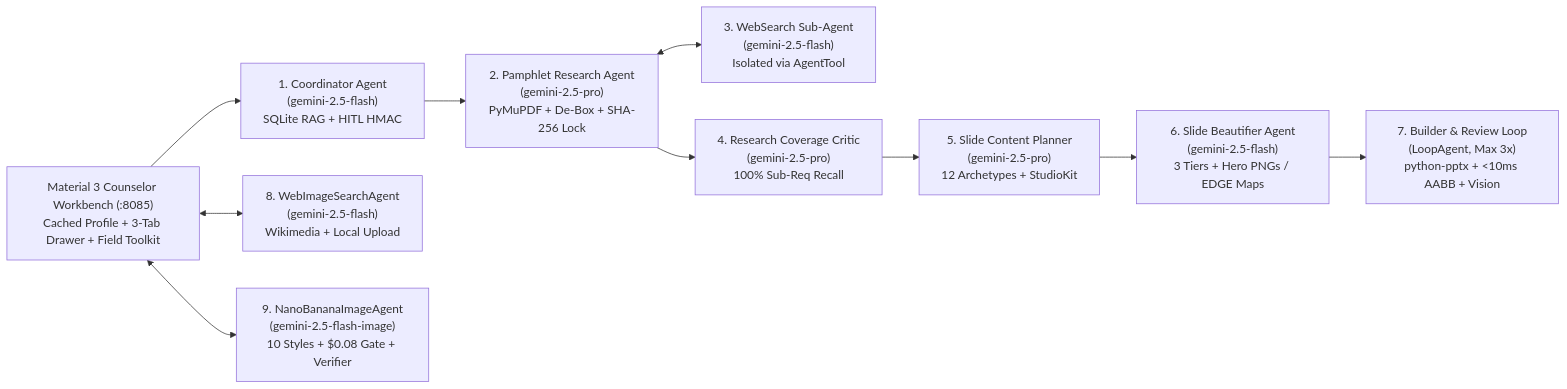
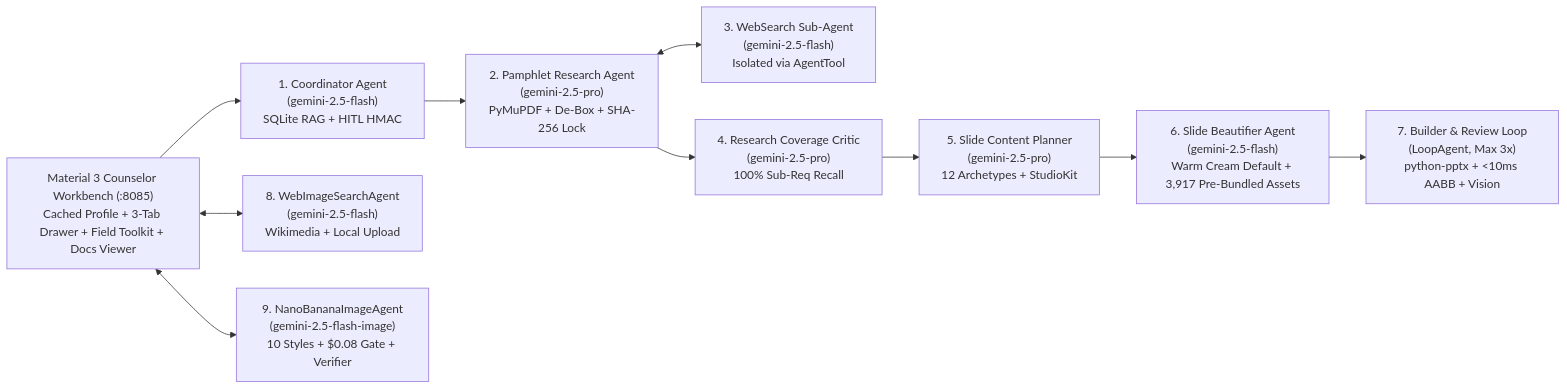
The diagram in docs/TDD.md (clayberg/scouts-bsa-merit-badge-agent), drawn with Mermaid before and after one commit. The commit also changed other lines of this file and 19 other files, not shown here.

Commit message:
Plan 11: Align FinOps & Google Slides modals, 3-card Presenter View + fullscreen centering + dual-monitor popout, Footer GitHub link, Option A Documentation Studio Viewer, and full documentation sync

````diff
--- a/docs/TDD.md
+++ b/docs/TDD.md
@@ -68,12 +72,12 @@
 ```mermaid
 flowchart LR
-    UI["Material 3 Counselor Workbench (:8085)\nCached Profile + 3-Tab Drawer + Field Toolkit"] --> COORD["1. Coordinator Agent\n(gemini-2.5-flash)\nSQLite RAG + HITL HMAC"]
+    UI["Material 3 Counselor Workbench (:8085)\nCached Profile + 3-Tab Drawer + Field Toolkit + Docs Viewer"] --> COORD["1. Coordinator Agent\n(gemini-2.5-flash)\nSQLite RAG + HITL HMAC"]
     COORD --> RES["2. Pamphlet Research Agent\n(gemini-2.5-pro)\nPyMuPDF + De-Box + SHA-256 Lock"]
     RES <--> SEARCH["3. WebSearch Sub-Agent\n(gemini-2.5-flash)\nIsolated via AgentTool"]
     RES --> RCRIT["4. Research Coverage Critic\n(gemini-2.5-pro)\n100% Sub-Req Recall"]
     RCRIT --> PLAN["5. Slide Content Planner\n(gemini-2.5-pro)\n12 Archetypes + StudioKit"]
-    PLAN --> BEAUT["6. Slide Beautifier Agent\n(gemini-2.5-flash)\n3 Tiers + Hero PNGs / EDGE Maps"]
+    PLAN --> BEAUT["6. Slide Beautifier Agent\n(gemini-2.5-flash)\nWarm Cream Default + 3,917 Pre-Bundled Assets"]
     BEAUT --> LOOP["7. Builder & Review Loop\n(LoopAgent, Max 3x)\npython-pptx + <10ms AABB + Vision"]
     UI <--> IMG_WEB["8. WebImageSearchAgent\n(gemini-2.5-flash)\nWikimedia + Local Upload"]
     UI <--> IMG_AI["9. NanoBananaImageAgent\n(gemini-2.5-flash-image)\n10 Styles + $0.08 Gate + Verifier"]
 ```
````
